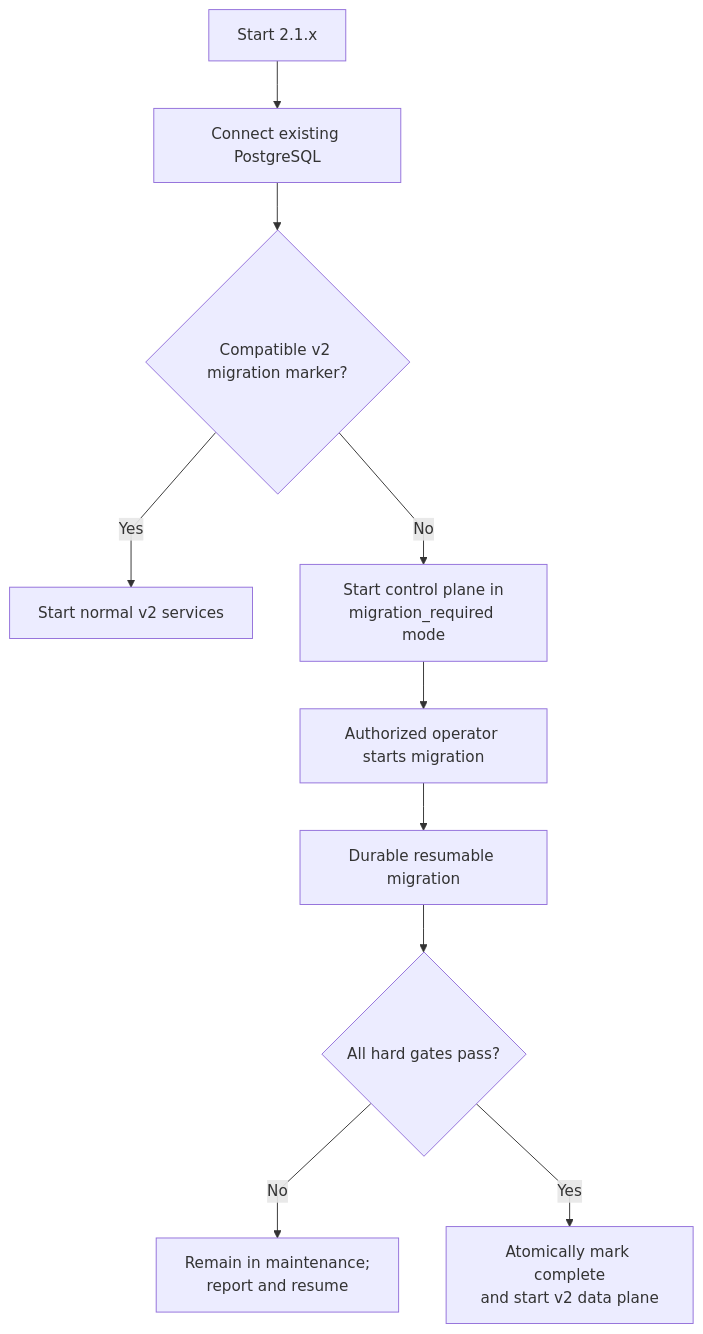
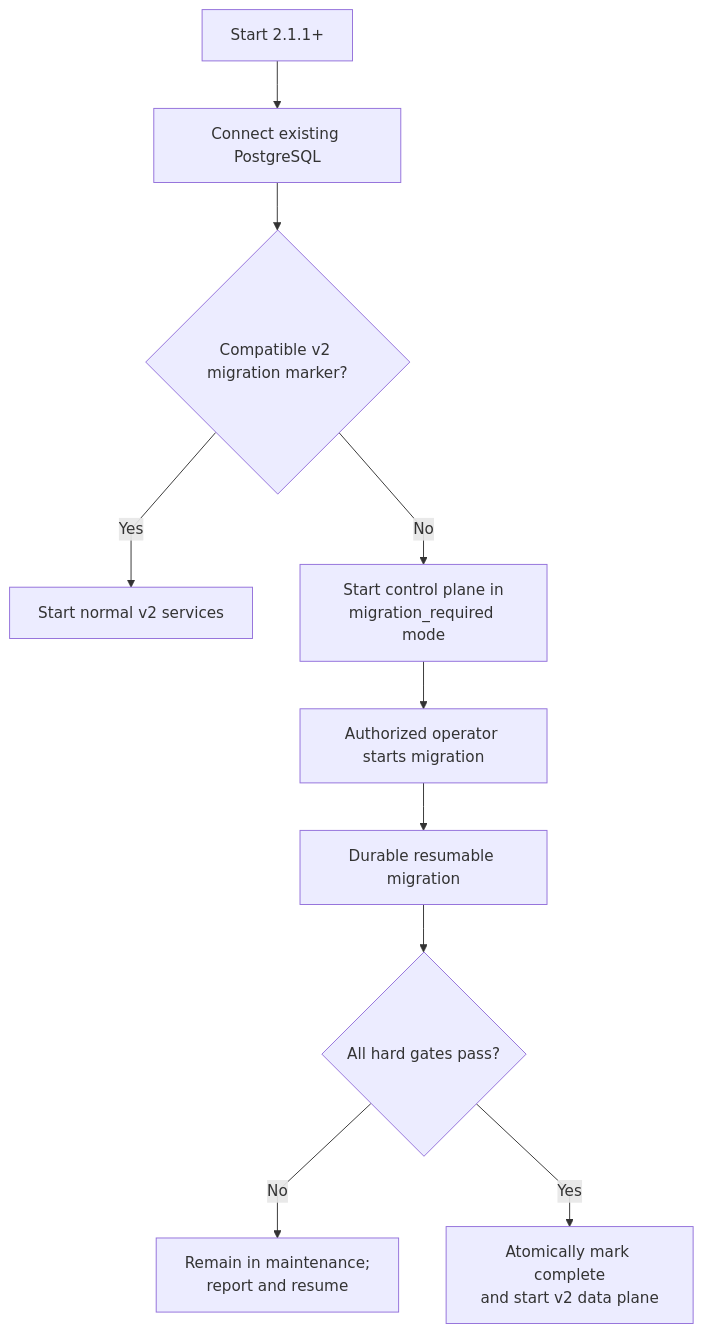
One commit to markhuangai/dense-mem changed the second of 4 diagrams in Release-Process.md. Above: the diagram before and after it, drawn with Mermaid. The commit also changed other lines of this file and 2 other files, not shown here.

````diff
--- a/Release-Process.md
+++ b/Release-Process.md
@@ -74,13 +77,13 @@
 ```mermaid
 %%{init: {"flowchart": {"curve": "linear"}}}%%
 flowchart TD
-  Boot["Start 2.1.x"] --> PG["Connect existing PostgreSQL"]
+  Boot["Start 2.1.1+"] --> PG["Connect existing PostgreSQL"]
   PG --> Marker{"Compatible v2 migration marker?"}
   Marker -- Yes --> Ready["Start normal v2 services"]
   Marker -- No --> Maintenance["Start control plane in<br/>migration_required mode"]
   Maintenance --> Start["Authorized operator starts migration"]
   Start --> Run["Durable resumable migration"]
   Run --> Gates{"All hard gates pass?"}
   Gates -- No --> Stay["Remain in maintenance;<br/>report and resume"]
   Gates -- Yes --> Auto["Atomically mark complete<br/>and start v2 data plane"]
 ```
````
